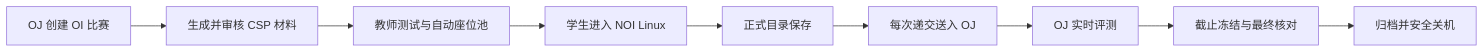
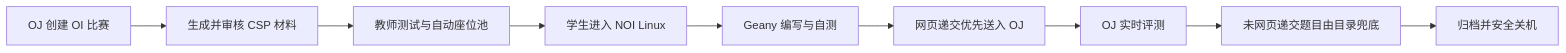
Before and after one commit to chasemoonn/noi-linux-contest-system-public: the diagram in docs/PRODUCT.md, drawn with Mermaid. The commit also changed other lines of this file and 29 other files, not shown here.

````diff
--- a/docs/PRODUCT.md
+++ b/docs/PRODUCT.md
@@ -35,11 +35,11 @@
 ```mermaid
 flowchart LR
     A["OJ 创建 OI 比赛"] --> B["生成并审核 CSP 材料"]
     B --> C["教师测试与自动座位池"]
     C --> D["学生进入 NOI Linux"]
-    D --> E["正式目录保存"]
-    E --> F["每次递交送入 OJ"]
+    D --> E["Geany 编写与自测"]
+    E --> F["网页递交优先送入 OJ"]
     F --> G["OJ 实时评测"]
-    G --> H["截止冻结与最终核对"]
+    G --> H["未网页递交题目由目录兜底"]
     H --> I["归档并安全关机"]
 ```
````
